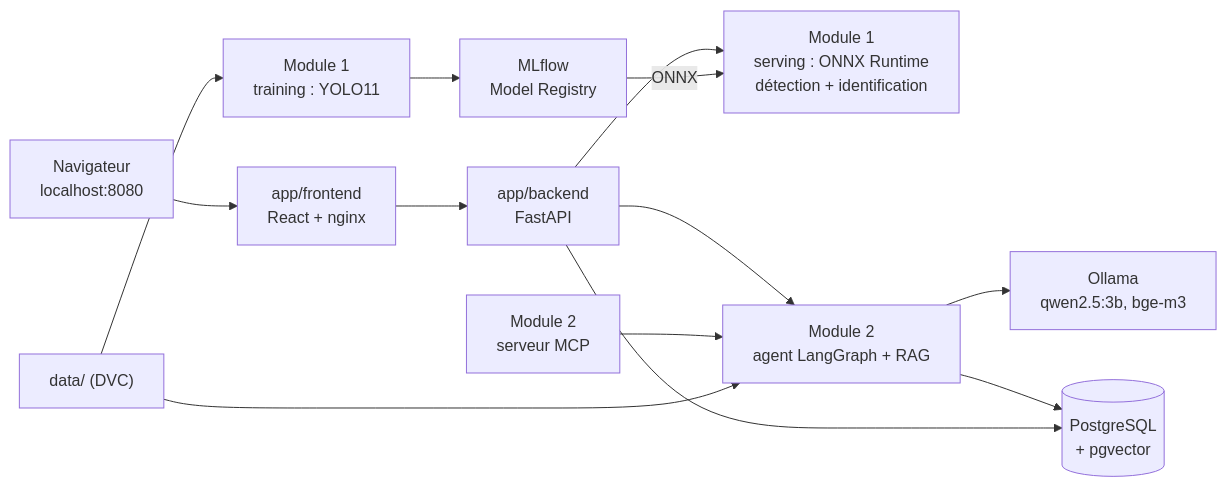
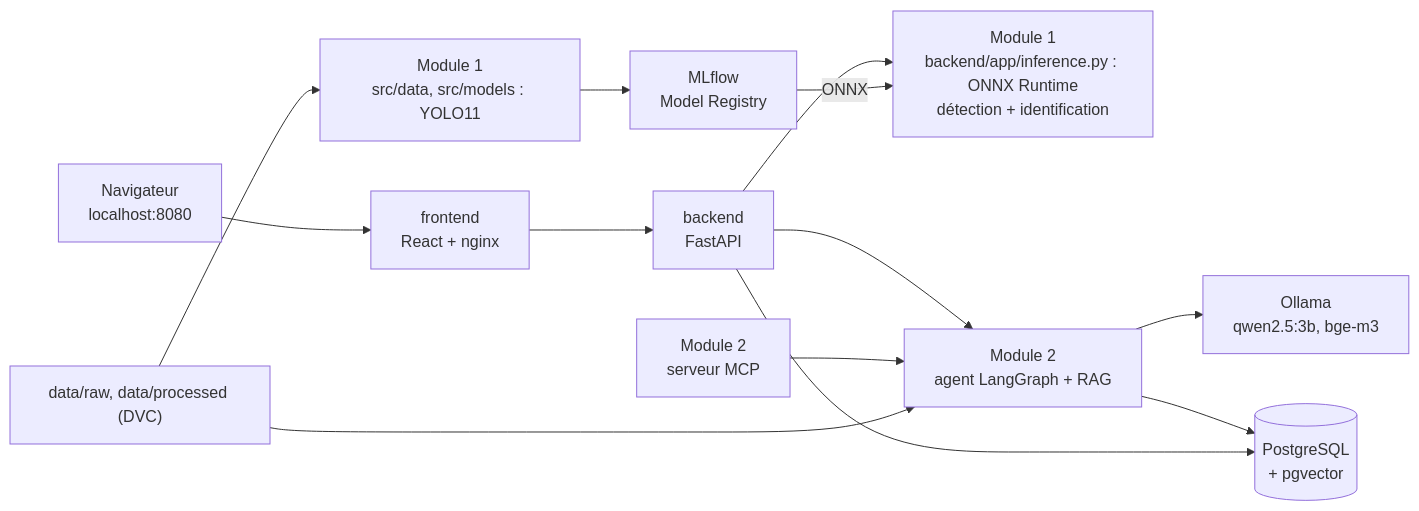
Before and after one commit to melekbouabid/syRX: the diagram in README.md, drawn with Mermaid. The commit also changed other lines of this file and 59 other files, not shown here.

````diff
--- a/README.md
+++ b/README.md
@@ -35,15 +36,15 @@
 ```mermaid
 flowchart LR
-  U["Navigateur<br/>localhost:8080"] --> FE["app/frontend<br/>React + nginx"]
-  FE --> BE["app/backend<br/>FastAPI"]
-  BE --> M1["Module 1<br/>serving : ONNX Runtime<br/>détection + identification"]
+  U["Navigateur<br/>localhost:8080"] --> FE["frontend<br/>React + nginx"]
+  FE --> BE["backend<br/>FastAPI"]
+  BE --> M1["Module 1<br/>backend/app/inference.py : ONNX Runtime<br/>détection + identification"]
   BE --> M2["Module 2<br/>agent LangGraph + RAG"]
   MCP["Module 2<br/>serveur MCP"] --> M2
   M2 --> OL["Ollama<br/>qwen2.5:3b, bge-m3"]
   M2 --> PG[("PostgreSQL<br/>+ pgvector")]
   BE --> PG
-  TR["Module 1<br/>training : YOLO11"] --> MLF["MLflow<br/>Model Registry"]
+  TR["Module 1<br/>src/data, src/models : YOLO11"] --> MLF["MLflow<br/>Model Registry"]
   MLF -- "ONNX" --> M1
-  D["data/ (DVC)"] --> TR
+  D["data/raw, data/processed (DVC)"] --> TR
   D --> M2
 ```
````
